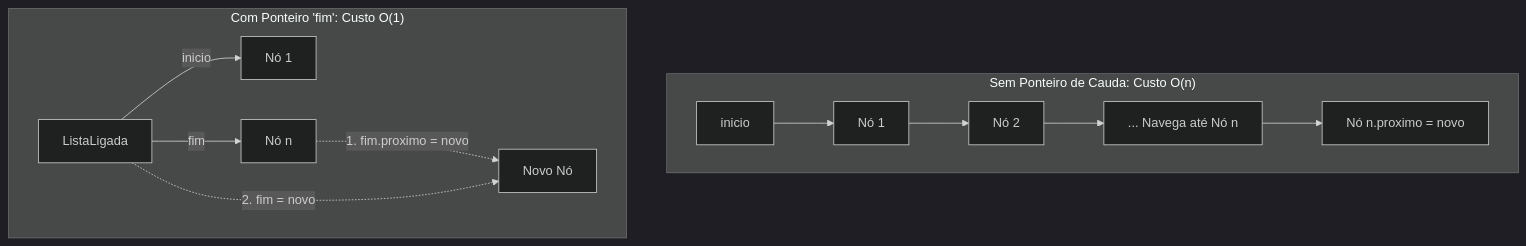
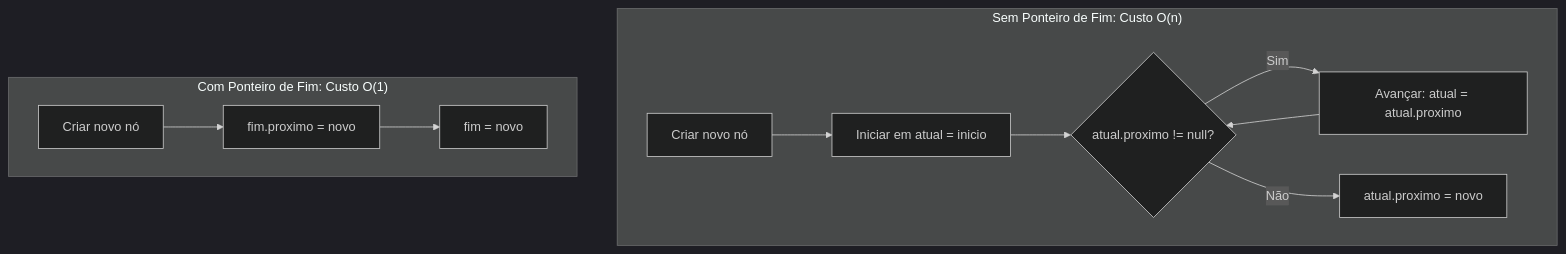
One commit to murilolol/unifef changed diagram 17 of 27 in 4º Semestre/[Prof. Wesley Soares] Estrutura de Dados I/Resumos-IA/Caderno-Consolidado.md. Above: the diagram before and after it, drawn with Mermaid (dark theme). The commit also changed other lines of this file and 40 other files, not shown here.

````diff
--- a/4º Semestre/[Prof. Wesley Soares] Estrutura de Dados I/Resumos-IA/Caderno-Consolidado.md
+++ b/4º Semestre/[Prof. Wesley Soares] Estrutura de Dados I/Resumos-IA/Caderno-Consolidado.md
@@ -605,16 +755,15 @@
 ```mermaid
 flowchart TD
-    subgraph SemFim["Sem Ponteiro de Cauda: Custo O(n)"]
-        S1["inicio"] --> S2["Nó 1"]
-        S2 --> S3["Nó 2"]
-        S3 --> S4["... Navega até Nó n"]
-        S4 --> S5["Nó n.proximo = novo"]
+    subgraph SemPonteiroFim["Sem Ponteiro de Fim: Custo O(n)"]
+        S1["Criar novo nó"] --> S2["Iniciar em atual = inicio"]
+        S2 --> S3{"atual.proximo != null?"}
+        S3 -- Sim --> S4["Avançar: atual = atual.proximo"]
+        S4 --> S3
+        S3 -- Não --> S5["atual.proximo = novo"]
     end
-
-    subgraph ComFim["Com Ponteiro 'fim': Custo O(1)"]
-        C_Ctrl["ListaLigada"] -->|inicio| C_N1["Nó 1"]
-        C_Ctrl -->|fim| C_Nn["Nó n"]
-        C_Nn -.->|1. fim.proximo = novo| C_Novo["Novo Nó"]
-        C_Ctrl -.->|2. fim = novo| C_Novo
+    
+    subgraph ComPonteiroFim["Com Ponteiro de Fim: Custo O(1)"]
+        C1["Criar novo nó"] --> C2["fim.proximo = novo"]
+        C2 --> C3["fim = novo"]
     end
 ```
````
